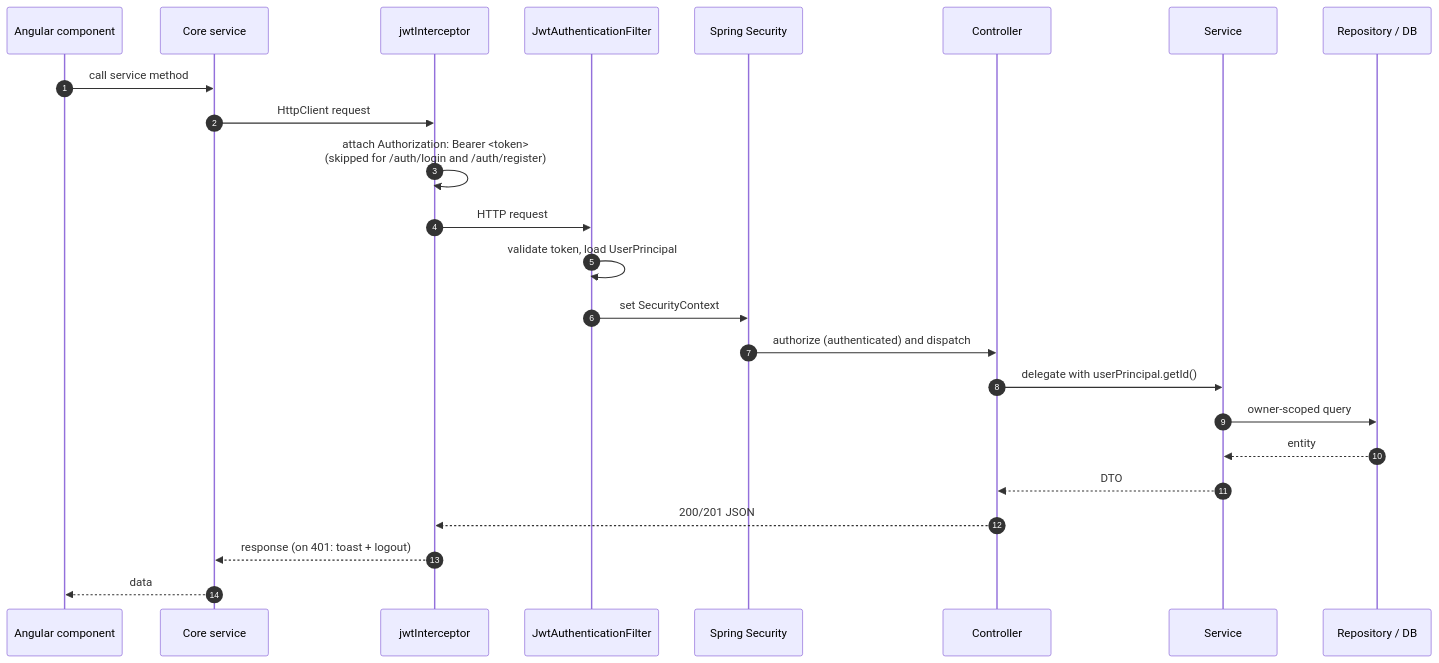
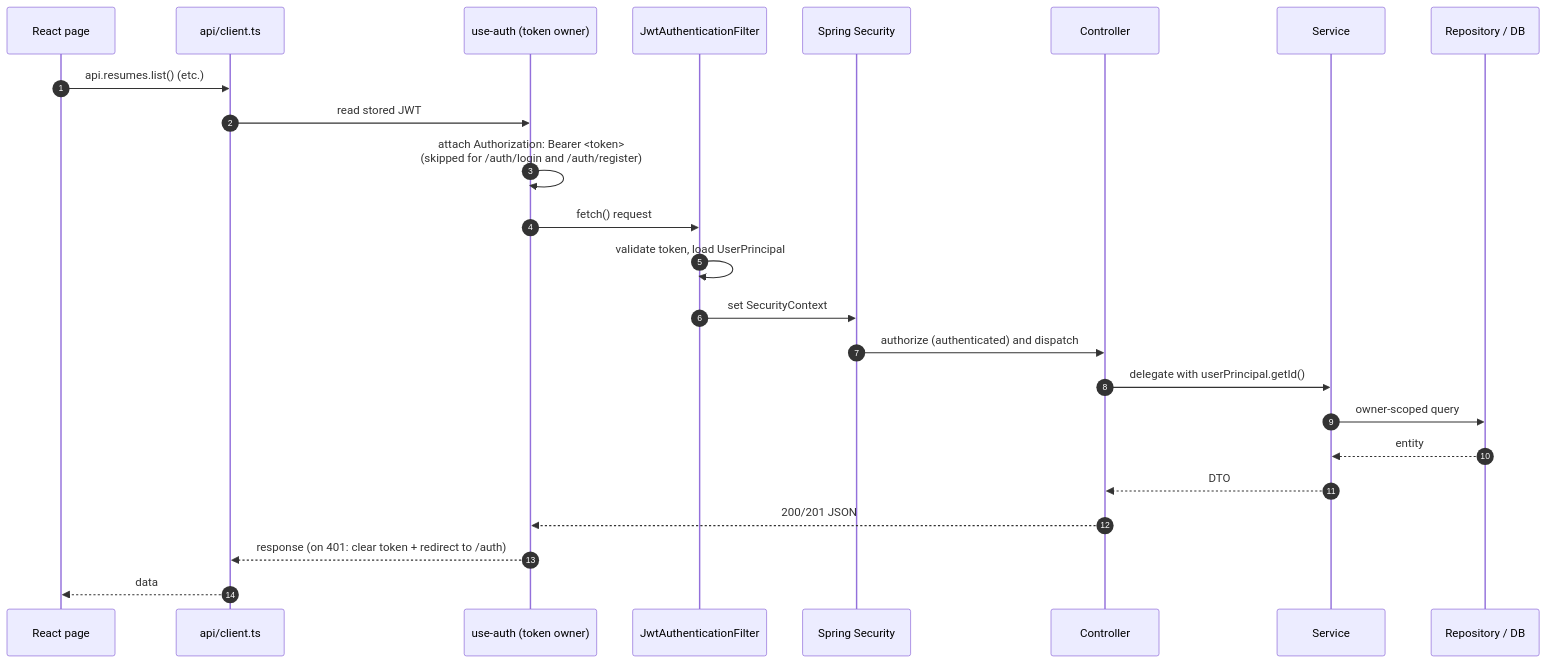
One commit to elel-m-b/CareerPilot changed the sixth of 12 diagrams in docs/ARCHITECTURE.md. Above: the diagram before and after it, drawn with Mermaid. The commit also changed other lines of this file and 173 other files, not shown here.

````diff
--- a/docs/ARCHITECTURE.md
+++ b/docs/ARCHITECTURE.md
@@ -313,27 +301,27 @@
 ```mermaid
 sequenceDiagram
     autonumber
-    participant C as Angular component
-    participant S as Core service
-    participant I as jwtInterceptor
+    participant C as React page
+    participant S as api/client.ts
+    participant I as use-auth (token owner)
     participant F as JwtAuthenticationFilter
     participant Sec as Spring Security
     participant Ctl as Controller
     participant Svc as Service
     participant DB as Repository / DB
 
-    C->>S: call service method
-    S->>I: HttpClient request
+    C->>S: api.resumes.list() (etc.)
+    S->>I: read stored JWT
     I->>I: attach Authorization: Bearer <token><br/>(skipped for /auth/login and /auth/register)
-    I->>F: HTTP request
+    I->>F: fetch() request
     F->>F: validate token, load UserPrincipal
     F->>Sec: set SecurityContext
     Sec->>Ctl: authorize (authenticated) and dispatch
     Ctl->>Svc: delegate with userPrincipal.getId()
     Svc->>DB: owner-scoped query
     DB-->>Svc: entity
     Svc-->>Ctl: DTO
     Ctl-->>I: 200/201 JSON
-    I-->>S: response (on 401: toast + logout)
+    I-->>S: response (on 401: clear token + redirect to /auth)
     S-->>C: data
 ```
````
